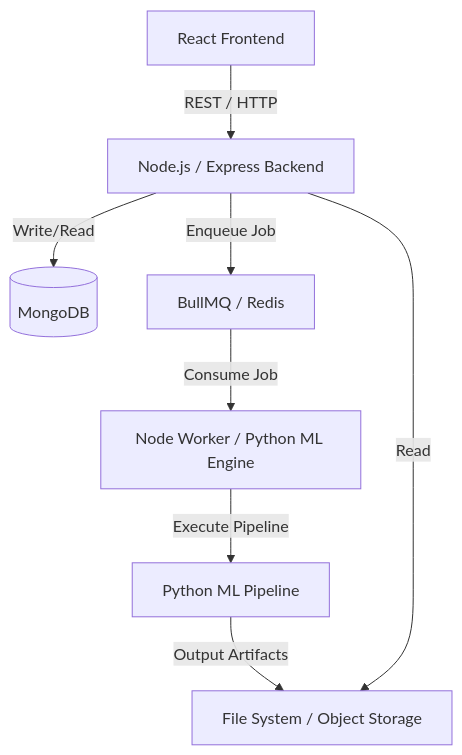
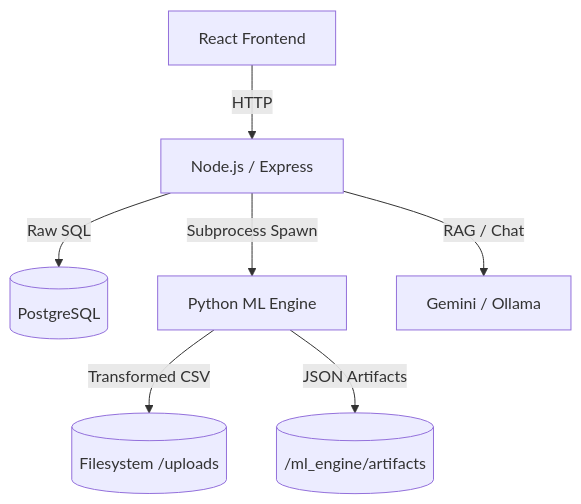
One commit to garvjain7/saasPlatform changed the diagram in DataInsights_Architecture.md. Above: the diagram before and after it, drawn with Mermaid. The commit also changed other lines of this file and 11 other files, not shown here.

````diff
--- a/DataInsights_Architecture.md
+++ b/DataInsights_Architecture.md
@@ -63,10 +32,9 @@
 ```mermaid
 graph TD
-    Client[React Frontend] -->|REST / HTTP| API[Node.js / Express Backend]
-    API -->|Write/Read| DB[(MongoDB)]
-    API -->|Enqueue Job| Queue[BullMQ / Redis]
-    Queue -->|Consume Job| Worker[Node Worker / Python ML Engine]
-    Worker -->|Execute Pipeline| ML[Python ML Pipeline]
-    ML -->|Output Artifacts| Storage[File System / Object Storage]
-    API -->|Read| Storage
+    Client[React Frontend] -->|HTTP| API[Node.js / Express]
+    API -->|Raw SQL| DB[(PostgreSQL)]
+    API -->|Subprocess Spawn| ML[Python ML Engine]
+    ML -->|Transformed CSV| Storage[(Filesystem /uploads)]
+    ML -->|JSON Artifacts| Artifacts[(/ml_engine/artifacts)]
+    API -->|RAG / Chat| AI[Gemini / Ollama]
 ```
````
